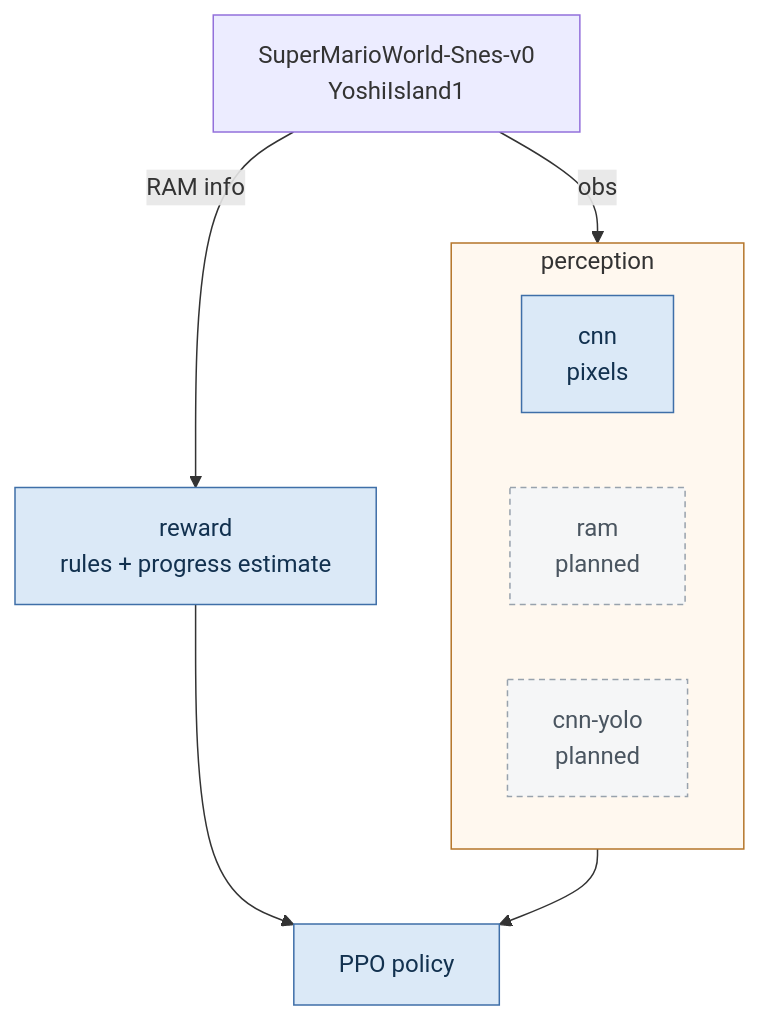
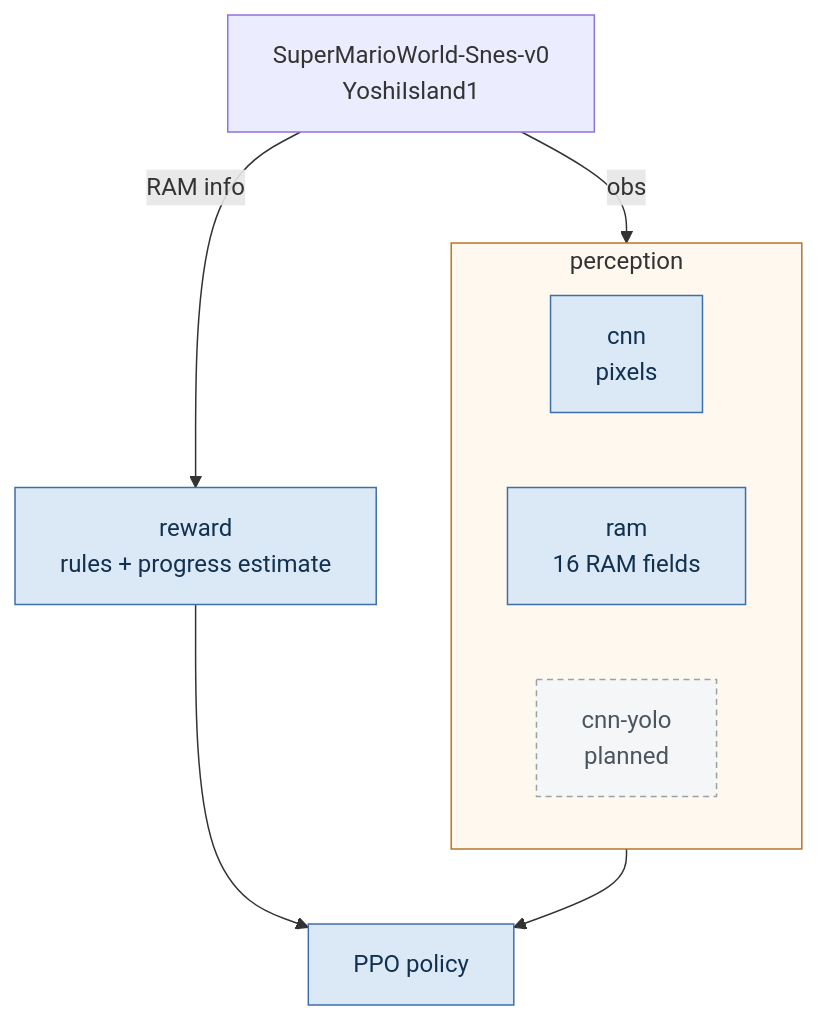
One commit to jasonkwh/DeepMario-SMW changed the first of 2 diagrams in README.md. Above: the diagram before and after it, drawn with Mermaid. The commit also changed other lines of this file and 7 other files, not shown here.

````diff
--- a/README.md
+++ b/README.md
@@ -86,21 +87,21 @@
 ```mermaid
 flowchart TD
   ENV["SuperMarioWorld-Snes-v0<br/>YoshiIsland1"]
   subgraph P["perception"]
     direction LR
     CNN["cnn<br/>pixels"]
-    RAM["ram<br/>planned"]
+    RAM["ram<br/>16 RAM fields"]
     YOLO["cnn-yolo<br/>planned"]
   end
   REW["reward<br/>rules + progress estimate"]
   PPO["PPO policy"]
   ENV -->|obs| P
   P --> PPO
   ENV -->|RAM info| REW
   REW --> PPO
   classDef live fill:#dbe9f7,stroke:#3f6fa8,color:#12314f
   classDef todo fill:#f5f6f7,stroke:#98a2ad,stroke-dasharray: 4 3,color:#4a5560
-  class CNN,REW,PPO live
-  class RAM,YOLO todo
+  class CNN,RAM,REW,PPO live
+  class YOLO todo
   style P fill:#fff8ef,stroke:#b5762a
 ```
````
